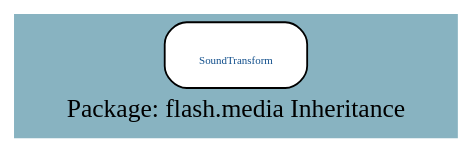
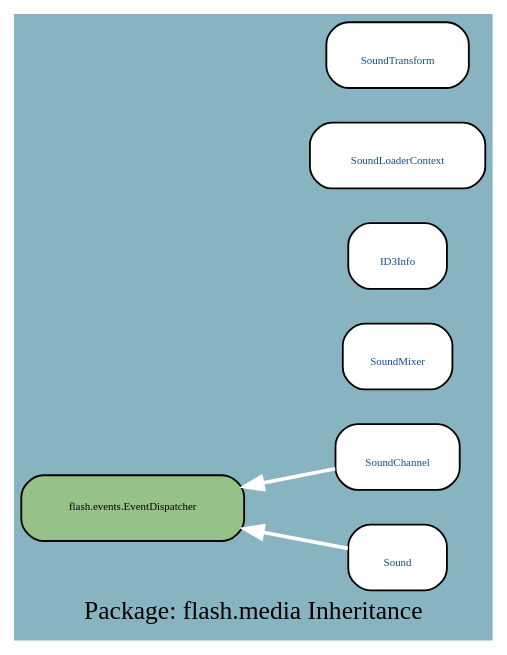
The diagram in docs/uml/flash.media_I.dot (google-code-export/haxegui), drawn with Graphviz before and after one commit. The commit also changed 315 other files, not shown here.

```diff
--- a/docs/uml/flash.media_I.dot
+++ b/docs/uml/flash.media_I.dot
@@ -1,8 +1,16 @@
 digraph uml {
 	graph [label="Package: flash.media Inheritance", ratio=compress, rankdir=RL, smoothing=avg_dist, overlap=compress, packMode="graph", labelloc=c, fontname="DejaVu Sans Condenesed", fontsize=14, bgcolor="#88B3C1", fontcolor=black];
 	node [label="\N", style="rounded,filled", fillcolor="#96c288", fontcolor="#104E8B", fontname="FFF Harmony", fontsize=6, shape=record, color=black];
 	edge [fontname=Sans, fontsize=8, minlen="1.2", color=black, fontcolor=black];
-	graph [lp="121,12",
-		bb="0,0,242,61"];
-	"flash.media.SoundTransform" [label="{\nSoundTransform}", fillcolor=white, URL="../types/flash/media/SoundTransform.html", tooltip="\nSoundTransform", portPos=w, pos="121,43", rects="82,25,160,61", width="1.08", height="0.50"];
+	graph [lp="128,12",
+		bb="0,0,256,331"];
+	"flash.media.SoundChannel" [label="{\nSoundChannel}", fillcolor=white, URL="../types/flash/media/SoundChannel.html", tooltip="\nSoundChannel", portPos=w, pos="208,97", rects="174,79,243,115", width="0.94", height="0.50"];
+	"flash.events.EventDispatcher" [fontcolor=black, pos="62,70", rects="1,52,124,88", width="1.69", height="0.50"];
+	"flash.media.SoundMixer" [label="{\nSoundMixer}", fillcolor=white, URL="../types/flash/media/SoundMixer.html", tooltip="\nSoundMixer", portPos=w, pos="208,151", rects="178,133,238,169", width="0.83", height="0.50"];
+	"flash.media.ID3Info" [label="{\nID3Info}", fillcolor=white, URL="../types/flash/media/ID3Info.html", tooltip="\nID3Info", portPos=w, pos="208,205", rects="181,187,235,223", width="0.75", height="0.50"];
+	"flash.media.SoundLoaderContext" [label="{\nSoundLoaderContext}", fillcolor=white, URL="../types/flash/media/SoundLoaderContext.html", tooltip="\nSoundLoaderContext", portPos=w, pos="208,259", rects="160,241,256,277", width="1.33", height="0.50"];
+	"flash.media.Sound" [label="{\nSound}", fillcolor=white, URL="../types/flash/media/Sound.html", tooltip="\nSound", portPos=w, pos="208,43", rects="181,25,235,61", width="0.75", height="0.50"];
+	"flash.media.SoundTransform" [label="{\nSoundTransform}", fillcolor=white, URL="../types/flash/media/SoundTransform.html", tooltip="\nSoundTransform", portPos=w, pos="208,313", rects="169,295,247,331", width="1.08", height="0.50"];
+	"flash.media.SoundChannel" -> "flash.events.EventDispatcher" [color=white, style=bold, arrowhead=normal, arrowsize="1.0", pos="e,124,82 174,91 162,89 148,86 134,84"];
+	"flash.media.Sound" -> "flash.events.EventDispatcher" [color=white, style=bold, arrowhead=normal, arrowsize="1.0", pos="e,124,59 181,48 168,51 151,54 134,57"];
 }
```
